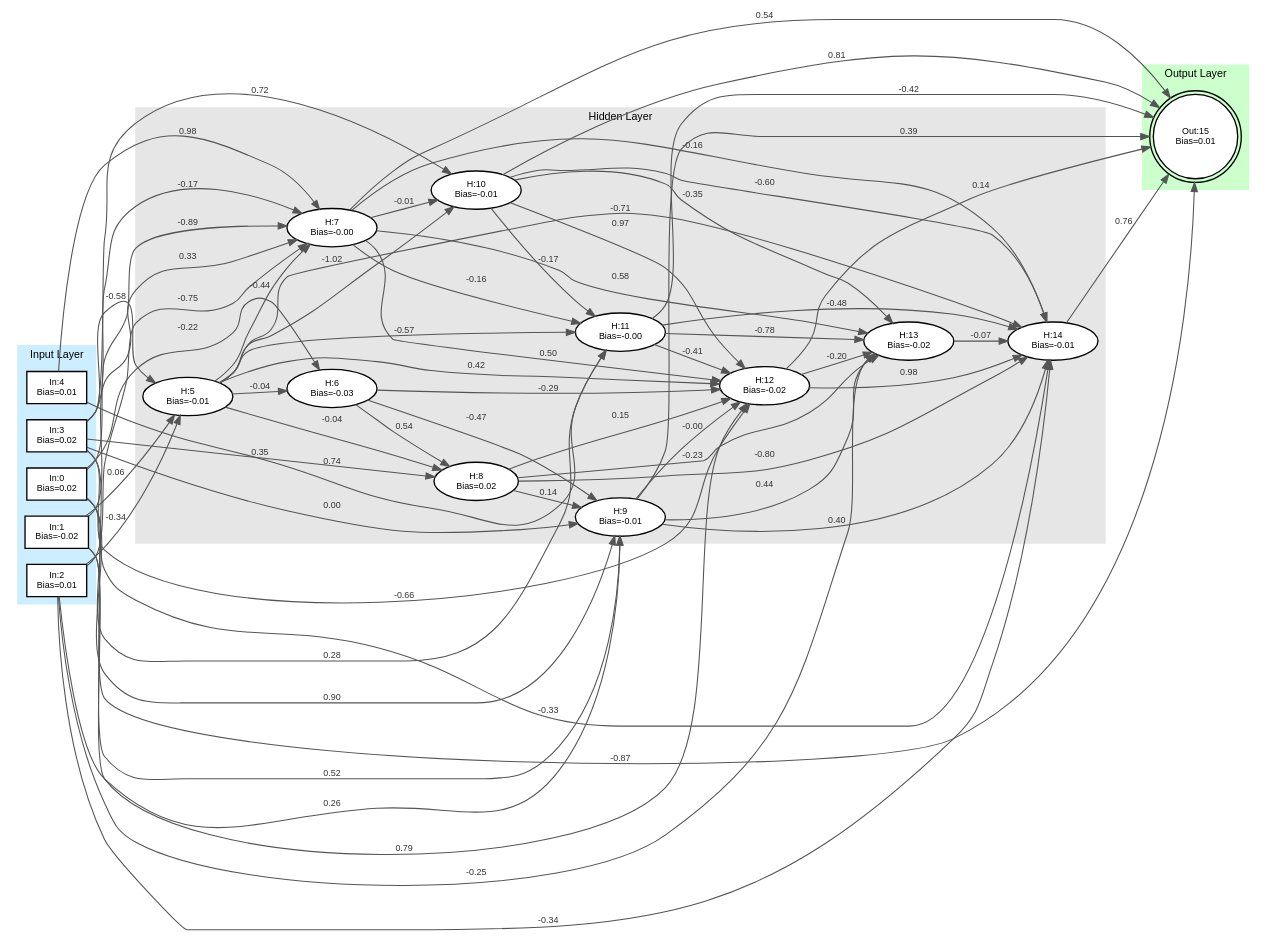
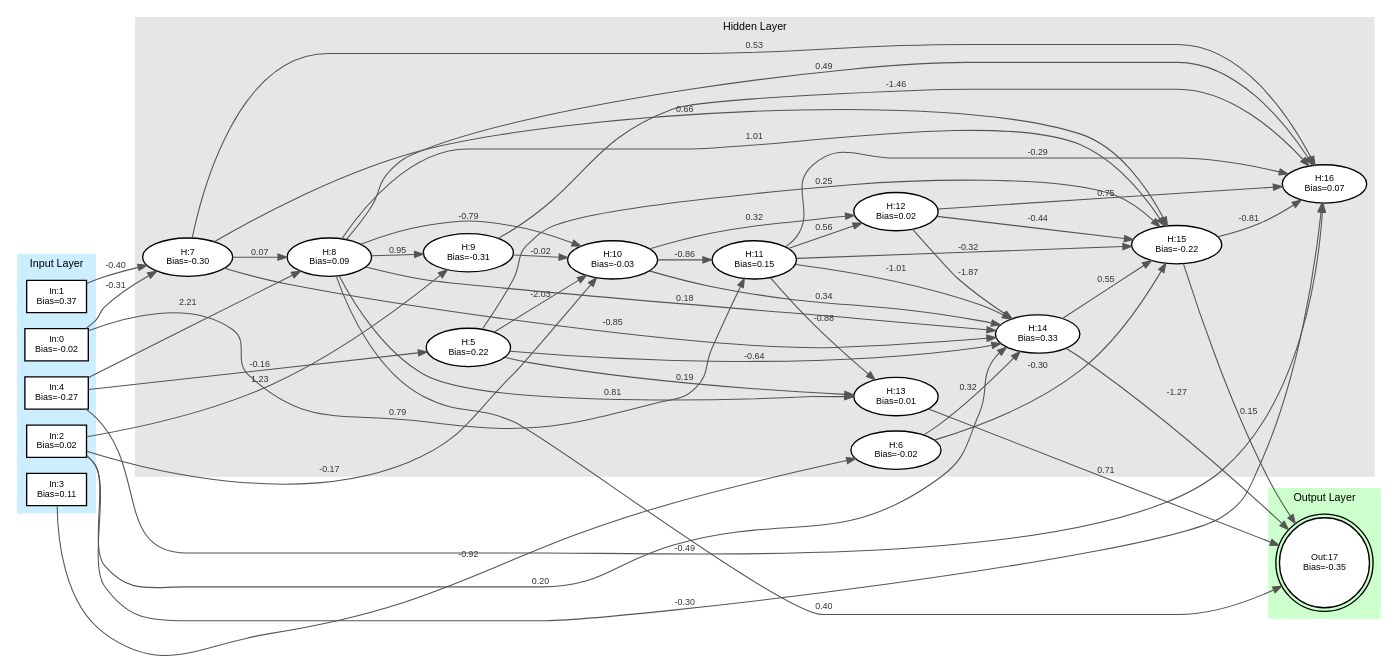
One commit to Apoxtrophe/MiNET_AI changed the diagram in prisoner1.dot. Above: the diagram before and after it, drawn with Graphviz. The commit also changed 2 other files, not shown here.

```diff
--- a/prisoner1.dot
+++ b/prisoner1.dot
@@ -1,116 +1,103 @@
 digraph Minet {
     // Use left-to-right orientation
     rankdir=LR;
     graph [layout=dot, fontname="Helvetica", fontsize=12];
     node [fontname="Helvetica", fontsize=10];
     edge [fontname="Helvetica", fontsize=10];
 
     subgraph cluster_inputs {
         style=filled;
         color="#cceeff";
         penwidth=1.5;
         label="Input Layer";
         labelloc="top";
         labeljust="center";
         rank=same;
-        neuron_0 [shape=box, style=filled, fillcolor=white, penwidth=1.5, label="In:0\nBias=0.02"];
-        neuron_1 [shape=box, style=filled, fillcolor=white, penwidth=1.5, label="In:1\nBias=-0.02"];
-        neuron_2 [shape=box, style=filled, fillcolor=white, penwidth=1.5, label="In:2\nBias=0.01"];
-        neuron_3 [shape=box, style=filled, fillcolor=white, penwidth=1.5, label="In:3\nBias=0.02"];
-        neuron_4 [shape=box, style=filled, fillcolor=white, penwidth=1.5, label="In:4\nBias=0.01"];
+        neuron_0 [shape=box, style=filled, fillcolor=white, penwidth=1.5, label="In:0\nBias=-0.02"];
+        neuron_1 [shape=box, style=filled, fillcolor=white, penwidth=1.5, label="In:1\nBias=0.37"];
+        neuron_2 [shape=box, style=filled, fillcolor=white, penwidth=1.5, label="In:2\nBias=0.02"];
+        neuron_3 [shape=box, style=filled, fillcolor=white, penwidth=1.5, label="In:3\nBias=0.11"];
+        neuron_4 [shape=box, style=filled, fillcolor=white, penwidth=1.5, label="In:4\nBias=-0.27"];
     }
 
     subgraph cluster_hidden {
         style=filled;
         color="#e6e6e6";
         penwidth=1.5;
         label="Hidden Layer";
         labelloc="top";
         labeljust="center";
-        neuron_5 [shape=ellipse, style=filled, fillcolor=white, penwidth=1.5, label="H:5\nBias=-0.01"];
-        neuron_6 [shape=ellipse, style=filled, fillcolor=white, penwidth=1.5, label="H:6\nBias=-0.03"];
-        neuron_7 [shape=ellipse, style=filled, fillcolor=white, penwidth=1.5, label="H:7\nBias=-0.00"];
-        neuron_8 [shape=ellipse, style=filled, fillcolor=white, penwidth=1.5, label="H:8\nBias=0.02"];
-        neuron_9 [shape=ellipse, style=filled, fillcolor=white, penwidth=1.5, label="H:9\nBias=-0.01"];
-        neuron_10 [shape=ellipse, style=filled, fillcolor=white, penwidth=1.5, label="H:10\nBias=-0.01"];
-        neuron_11 [shape=ellipse, style=filled, fillcolor=white, penwidth=1.5, label="H:11\nBias=-0.00"];
-        neuron_12 [shape=ellipse, style=filled, fillcolor=white, penwidth=1.5, label="H:12\nBias=-0.02"];
-        neuron_13 [shape=ellipse, style=filled, fillcolor=white, penwidth=1.5, label="H:13\nBias=-0.02"];
-        neuron_14 [shape=ellipse, style=filled, fillcolor=white, penwidth=1.5, label="H:14\nBias=-0.01"];
+        neuron_5 [shape=ellipse, style=filled, fillcolor=white, penwidth=1.5, label="H:5\nBias=0.22"];
+        neuron_6 [shape=ellipse, style=filled, fillcolor=white, penwidth=1.5, label="H:6\nBias=-0.02"];
+        neuron_7 [shape=ellipse, style=filled, fillcolor=white, penwidth=1.5, label="H:7\nBias=-0.30"];
+        neuron_8 [shape=ellipse, style=filled, fillcolor=white, penwidth=1.5, label="H:8\nBias=0.09"];
+        neuron_9 [shape=ellipse, style=filled, fillcolor=white, penwidth=1.5, label="H:9\nBias=-0.31"];
+        neuron_10 [shape=ellipse, style=filled, fillcolor=white, penwidth=1.5, label="H:10\nBias=-0.03"];
+        neuron_11 [shape=ellipse, style=filled, fillcolor=white, penwidth=1.5, label="H:11\nBias=0.15"];
+        neuron_12 [shape=ellipse, style=filled, fillcolor=white, penwidth=1.5, label="H:12\nBias=0.02"];
+        neuron_13 [shape=ellipse, style=filled, fillcolor=white, penwidth=1.5, label="H:13\nBias=0.01"];
+        neuron_14 [shape=ellipse, style=filled, fillcolor=white, penwidth=1.5, label="H:14\nBias=0.33"];
+        neuron_15 [shape=ellipse, style=filled, fillcolor=white, penwidth=1.5, label="H:15\nBias=-0.22"];
+        neuron_16 [shape=ellipse, style=filled, fillcolor=white, penwidth=1.5, label="H:16\nBias=0.07"];
     }
 
     subgraph cluster_outputs {
         style=filled;
         color="#ccffcc";
         penwidth=1.5;
         label="Output Layer";
         labelloc="top";
         labeljust="center";
         rank=same;
-        neuron_15 [shape=doublecircle, style=filled, fillcolor=white, penwidth=1.5, label="Out:15\nBias=0.01"];
+        neuron_17 [shape=doublecircle, style=filled, fillcolor=white, penwidth=1.5, label="Out:17\nBias=-0.35"];
     }
 
     // Edges
     edge [color="#555555", penwidth=1.2];
-    neuron_0 -> neuron_6 [label="-0.22", fontcolor="#333333"];
-    neuron_0 -> neuron_15 [label="-0.87", fontcolor="#333333"];
-    neuron_0 -> neuron_9 [label="0.90", fontcolor="#333333"];
-    neuron_0 -> neuron_11 [label="0.28", fontcolor="#333333"];
-    neuron_0 -> neuron_7 [label="-0.89", fontcolor="#333333"];
-    neuron_1 -> neuron_12 [label="0.79", fontcolor="#333333"];
-    neuron_1 -> neuron_9 [label="0.52", fontcolor="#333333"];
-    neuron_1 -> neuron_7 [label="0.33", fontcolor="#333333"];
-    neuron_1 -> neuron_5 [label="0.06", fontcolor="#333333"];
-    neuron_2 -> neuron_13 [label="-0.25", fontcolor="#333333"];
-    neuron_2 -> neuron_9 [label="0.26", fontcolor="#333333"];
-    neuron_2 -> neuron_5 [label="-0.34", fontcolor="#333333"];
-    neuron_2 -> neuron_7 [label="-0.75", fontcolor="#333333"];
-    neuron_2 -> neuron_14 [label="-0.34", fontcolor="#333333"];
-    neuron_3 -> neuron_9 [label="0.00", fontcolor="#333333"];
-    neuron_3 -> neuron_14 [label="-0.33", fontcolor="#333333"];
-    neuron_3 -> neuron_5 [label="-0.58", fontcolor="#333333"];
-    neuron_3 -> neuron_8 [label="0.35", fontcolor="#333333"];
-    neuron_3 -> neuron_10 [label="0.72", fontcolor="#333333"];
-    neuron_3 -> neuron_7 [label="-0.17", fontcolor="#333333"];
-    neuron_3 -> neuron_12 [label="-0.66", fontcolor="#333333"];
-    neuron_4 -> neuron_11 [label="0.74", fontcolor="#333333"];
-    neuron_4 -> neuron_7 [label="0.98", fontcolor="#333333"];
-    neuron_5 -> neuron_12 [label="0.42", fontcolor="#333333"];
-    neuron_5 -> neuron_6 [label="-0.04", fontcolor="#333333"];
-    neuron_5 -> neuron_11 [label="-0.57", fontcolor="#333333"];
-    neuron_5 -> neuron_7 [label="-0.44", fontcolor="#333333"];
-    neuron_5 -> neuron_8 [label="-0.04", fontcolor="#333333"];
-    neuron_5 -> neuron_10 [label="-1.02", fontcolor="#333333"];
-    neuron_5 -> neuron_14 [label="-0.71", fontcolor="#333333"];
-    neuron_6 -> neuron_8 [label="0.54", fontcolor="#333333"];
-    neuron_6 -> neuron_12 [label="-0.29", fontcolor="#333333"];
-    neuron_6 -> neuron_9 [label="-0.47", fontcolor="#333333"];
-    neuron_7 -> neuron_13 [label="0.58", fontcolor="#333333"];
-    neuron_7 -> neuron_15 [label="0.54", fontcolor="#333333"];
-    neuron_7 -> neuron_10 [label="-0.01", fontcolor="#333333"];
-    neuron_7 -> neuron_14 [label="-0.16", fontcolor="#333333"];
-    neuron_7 -> neuron_11 [label="-0.16", fontcolor="#333333"];
-    neuron_7 -> neuron_12 [label="0.50", fontcolor="#333333"];
-    neuron_8 -> neuron_13 [label="-0.23", fontcolor="#333333"];
-    neuron_8 -> neuron_14 [label="-0.80", fontcolor="#333333"];
-    neuron_8 -> neuron_9 [label="0.14", fontcolor="#333333"];
-    neuron_8 -> neuron_12 [label="0.15", fontcolor="#333333"];
-    neuron_9 -> neuron_15 [label="0.39", fontcolor="#333333"];
-    neuron_9 -> neuron_14 [label="0.40", fontcolor="#333333"];
-    neuron_9 -> neuron_12 [label="-0.00", fontcolor="#333333"];
-    neuron_9 -> neuron_13 [label="0.44", fontcolor="#333333"];
-    neuron_10 -> neuron_14 [label="-0.60", fontcolor="#333333"];
-    neuron_10 -> neuron_13 [label="-0.35", fontcolor="#333333"];
-    neuron_10 -> neuron_11 [label="-0.17", fontcolor="#333333"];
-    neuron_10 -> neuron_15 [label="0.81", fontcolor="#333333"];
-    neuron_10 -> neuron_12 [label="0.97", fontcolor="#333333"];
-    neuron_11 -> neuron_13 [label="-0.78", fontcolor="#333333"];
-    neuron_11 -> neuron_12 [label="-0.41", fontcolor="#333333"];
-    neuron_11 -> neuron_15 [label="-0.42", fontcolor="#333333"];
-    neuron_11 -> neuron_14 [label="-0.48", fontcolor="#333333"];
-    neuron_12 -> neuron_15 [label="0.14", fontcolor="#333333"];
-    neuron_12 -> neuron_13 [label="-0.20", fontcolor="#333333"];
-    neuron_12 -> neuron_14 [label="0.98", fontcolor="#333333"];
-    neuron_13 -> neuron_14 [label="-0.07", fontcolor="#333333"];
-    neuron_14 -> neuron_15 [label="0.76", fontcolor="#333333"];
+    neuron_0 -> neuron_11 [label="0.79", fontcolor="#333333"];
+    neuron_0 -> neuron_7 [label="-0.31", fontcolor="#333333"];
+    neuron_1 -> neuron_7 [label="-0.40", fontcolor="#333333"];
+    neuron_2 -> neuron_9 [label="1.23", fontcolor="#333333"];
+    neuron_2 -> neuron_10 [label="-0.17", fontcolor="#333333"];
+    neuron_2 -> neuron_16 [label="-0.30", fontcolor="#333333"];
+    neuron_2 -> neuron_14 [label="0.20", fontcolor="#333333"];
+    neuron_3 -> neuron_6 [label="-0.92", fontcolor="#333333"];
+    neuron_4 -> neuron_8 [label="2.21", fontcolor="#333333"];
+    neuron_4 -> neuron_5 [label="-0.16", fontcolor="#333333"];
+    neuron_4 -> neuron_16 [label="-0.49", fontcolor="#333333"];
+    neuron_5 -> neuron_10 [label="-2.03", fontcolor="#333333"];
+    neuron_5 -> neuron_14 [label="-0.64", fontcolor="#333333"];
+    neuron_5 -> neuron_15 [label="0.25", fontcolor="#333333"];
+    neuron_5 -> neuron_13 [label="0.19", fontcolor="#333333"];
+    neuron_6 -> neuron_14 [label="0.32", fontcolor="#333333"];
+    neuron_6 -> neuron_15 [label="-0.30", fontcolor="#333333"];
+    neuron_7 -> neuron_16 [label="0.53", fontcolor="#333333"];
+    neuron_7 -> neuron_8 [label="0.07", fontcolor="#333333"];
+    neuron_7 -> neuron_14 [label="-0.85", fontcolor="#333333"];
+    neuron_7 -> neuron_15 [label="0.66", fontcolor="#333333"];
+    neuron_8 -> neuron_15 [label="1.01", fontcolor="#333333"];
+    neuron_8 -> neuron_10 [label="-0.79", fontcolor="#333333"];
+    neuron_8 -> neuron_17 [label="0.40", fontcolor="#333333"];
+    neuron_8 -> neuron_14 [label="0.18", fontcolor="#333333"];
+    neuron_8 -> neuron_16 [label="0.49", fontcolor="#333333"];
+    neuron_8 -> neuron_13 [label="0.81", fontcolor="#333333"];
+    neuron_8 -> neuron_9 [label="0.95", fontcolor="#333333"];
+    neuron_9 -> neuron_10 [label="-0.02", fontcolor="#333333"];
+    neuron_9 -> neuron_16 [label="-1.46", fontcolor="#333333"];
+    neuron_10 -> neuron_14 [label="0.34", fontcolor="#333333"];
+    neuron_10 -> neuron_12 [label="0.32", fontcolor="#333333"];
+    neuron_10 -> neuron_11 [label="-0.86", fontcolor="#333333"];
+    neuron_11 -> neuron_12 [label="0.56", fontcolor="#333333"];
+    neuron_11 -> neuron_14 [label="-1.01", fontcolor="#333333"];
+    neuron_11 -> neuron_15 [label="-0.32", fontcolor="#333333"];
+    neuron_11 -> neuron_16 [label="-0.29", fontcolor="#333333"];
+    neuron_11 -> neuron_13 [label="-0.88", fontcolor="#333333"];
+    neuron_12 -> neuron_14 [label="-1.87", fontcolor="#333333"];
+    neuron_12 -> neuron_15 [label="-0.44", fontcolor="#333333"];
+    neuron_12 -> neuron_16 [label="0.75", fontcolor="#333333"];
+    neuron_13 -> neuron_17 [label="0.71", fontcolor="#333333"];
+    neuron_14 -> neuron_15 [label="0.55", fontcolor="#333333"];
+    neuron_14 -> neuron_17 [label="-1.27", fontcolor="#333333"];
+    neuron_15 -> neuron_17 [label="0.15", fontcolor="#333333"];
+    neuron_15 -> neuron_16 [label="-0.81", fontcolor="#333333"];
 }
```
